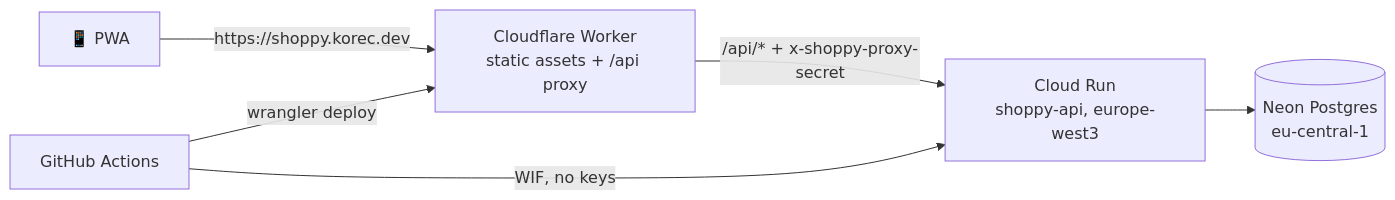
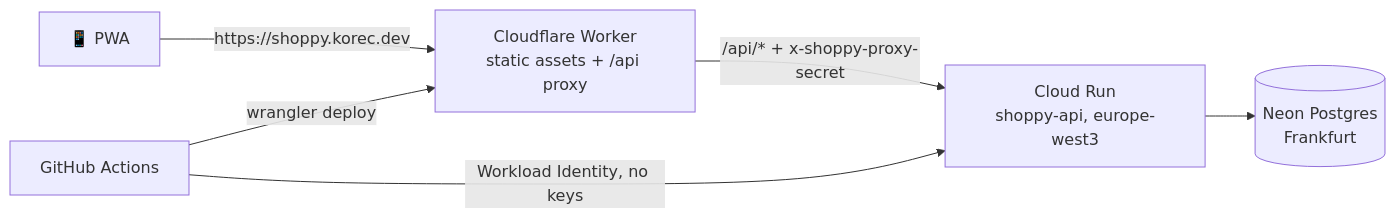
Before and after one commit to tom-korec/shoppy: the diagram in docs/06-infrastructure.md, drawn with Mermaid. The commit also changed other lines of this file and 1 other file, not shown here.

````diff
--- a/docs/06-infrastructure.md
+++ b/docs/06-infrastructure.md
@@ -5,8 +5,8 @@
 ```mermaid
 flowchart LR
     U[📱 PWA] -->|https://shoppy.korec.dev| W[Cloudflare Worker<br/>static assets + /api proxy]
     W -->|/api/* + x-shoppy-proxy-secret| CR[Cloud Run<br/>shoppy-api, europe-west3]
-    CR --> DB[(Neon Postgres<br/>eu-central-1)]
-    GH[GitHub Actions] -->|WIF, no keys| CR
+    CR --> DB[(Neon Postgres<br/>Frankfurt)]
+    GH[GitHub Actions] -->|Workload Identity, no keys| CR
     GH -->|wrangler deploy| W
 ```
````
